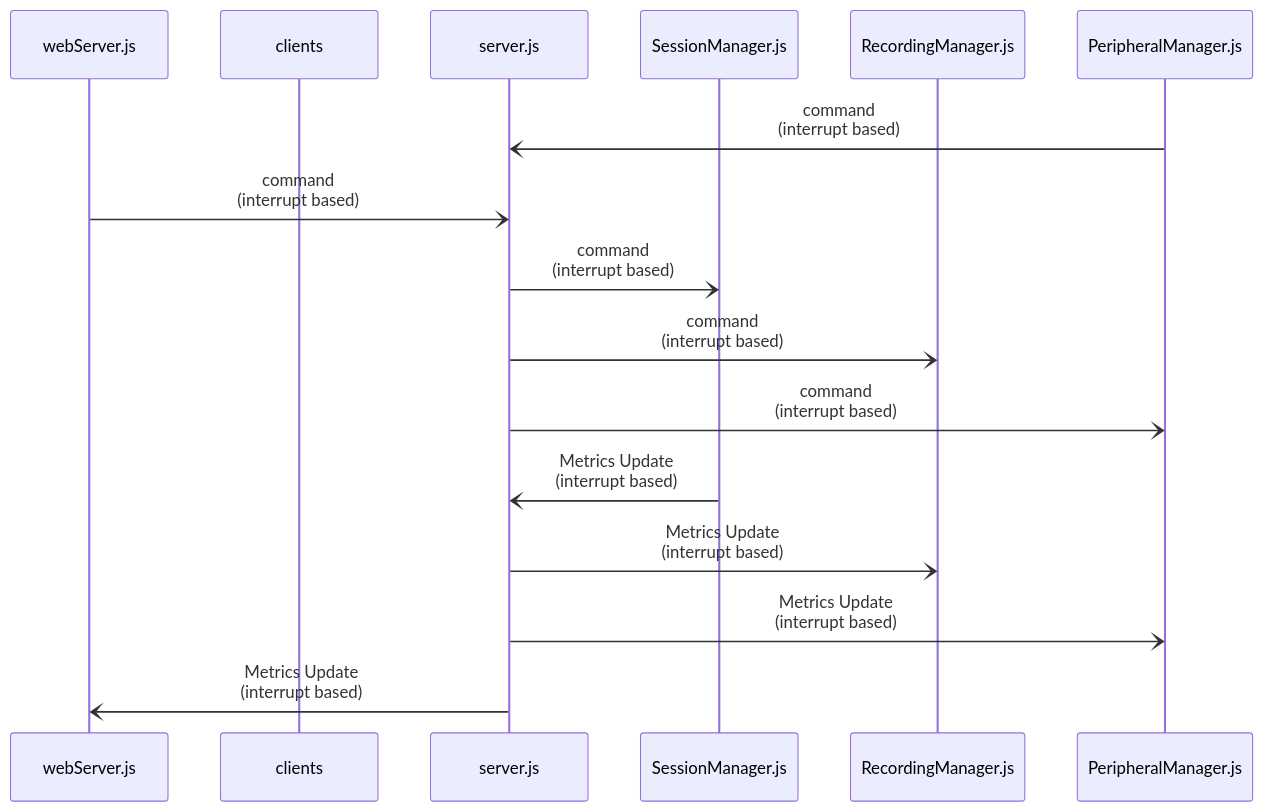
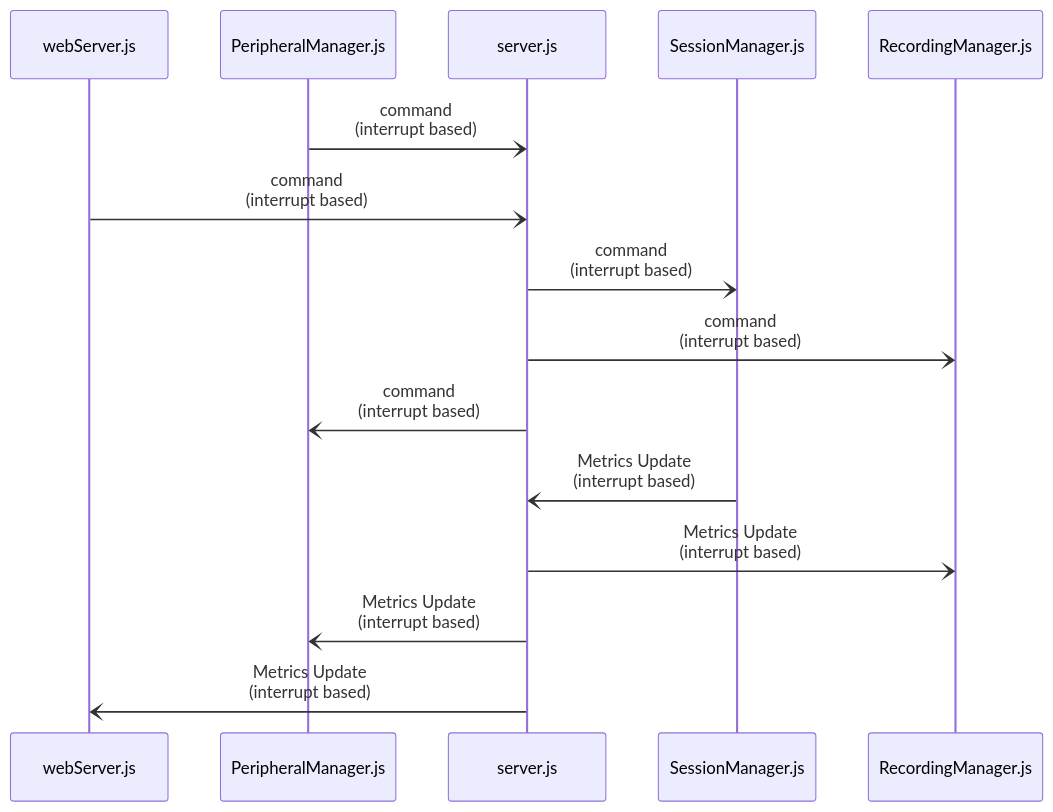
One commit to LauraVEkris/openrowingmonitor changed the second of 6 diagrams in docs/Architecture.md. Above: the diagram before and after it, drawn with Mermaid.

Commit message:
Improvement of command flow

````diff
--- a/docs/Architecture.md
+++ b/docs/Architecture.md
@@ -54,18 +54,17 @@
 ```mermaid
 sequenceDiagram
   participant webServer.js
-  participant clients
+  participant PeripheralManager.js
   participant server.js
   participant SessionManager.js
   participant RecordingManager.js
-  participant PeripheralManager.js
   PeripheralManager.js-)server.js: command<br>(interrupt based)
   webServer.js-)server.js: command<br>(interrupt based)
   server.js-)SessionManager.js: command<br>(interrupt based)
   server.js-)RecordingManager.js: command<br>(interrupt based)
   server.js-)PeripheralManager.js: command<br>(interrupt based)
   SessionManager.js-)server.js: Metrics Update<br>(interrupt based)
   server.js-)RecordingManager.js: Metrics Update<br>(interrupt based)
   server.js-)PeripheralManager.js: Metrics Update<br>(interrupt based)
   server.js-)webServer.js: Metrics Update<br>(interrupt based)
 ```
````
